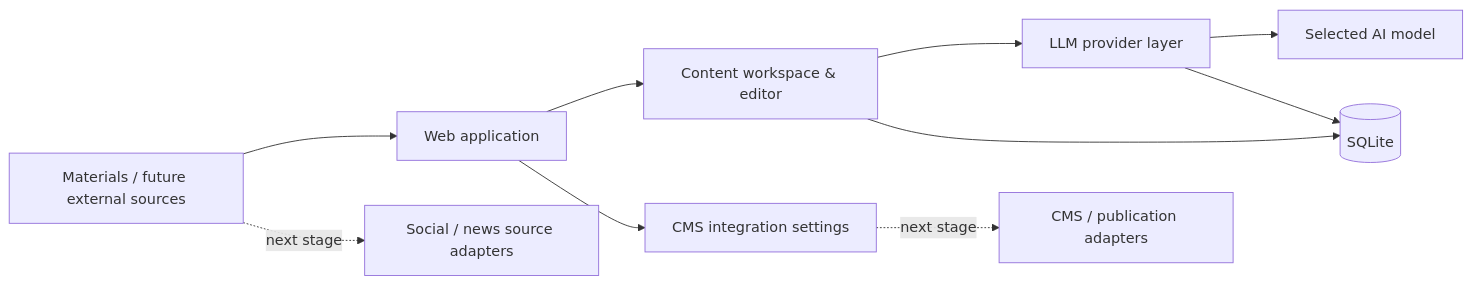
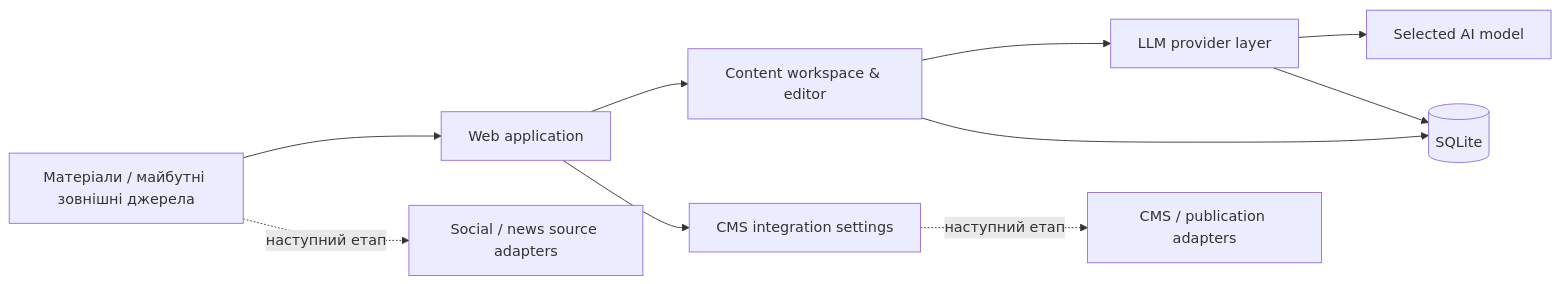
Before and after one commit to kat151599/ContentFlow: the diagram in README.md, drawn with Mermaid. The commit also changed other lines of this file, not shown here.

````diff
--- a/README.md
+++ b/README.md
@@ -64,12 +66,12 @@
 ```mermaid
 flowchart LR
-    A[Materials / future external sources] --> B[Web application]
+    A[Матеріали / майбутні зовнішні джерела] --> B[Web application]
     B --> C[Content workspace & editor]
     C --> D[LLM provider layer]
     D --> E[Selected AI model]
     C --> F[(SQLite)]
     D --> F
     B --> G[CMS integration settings]
-    G -. next stage .-> H[CMS / publication adapters]
-    A -. next stage .-> I[Social / news source adapters]
+    G -. наступний етап .-> H[CMS / publication adapters]
+    A -. наступний етап .-> I[Social / news source adapters]
 ```
````
